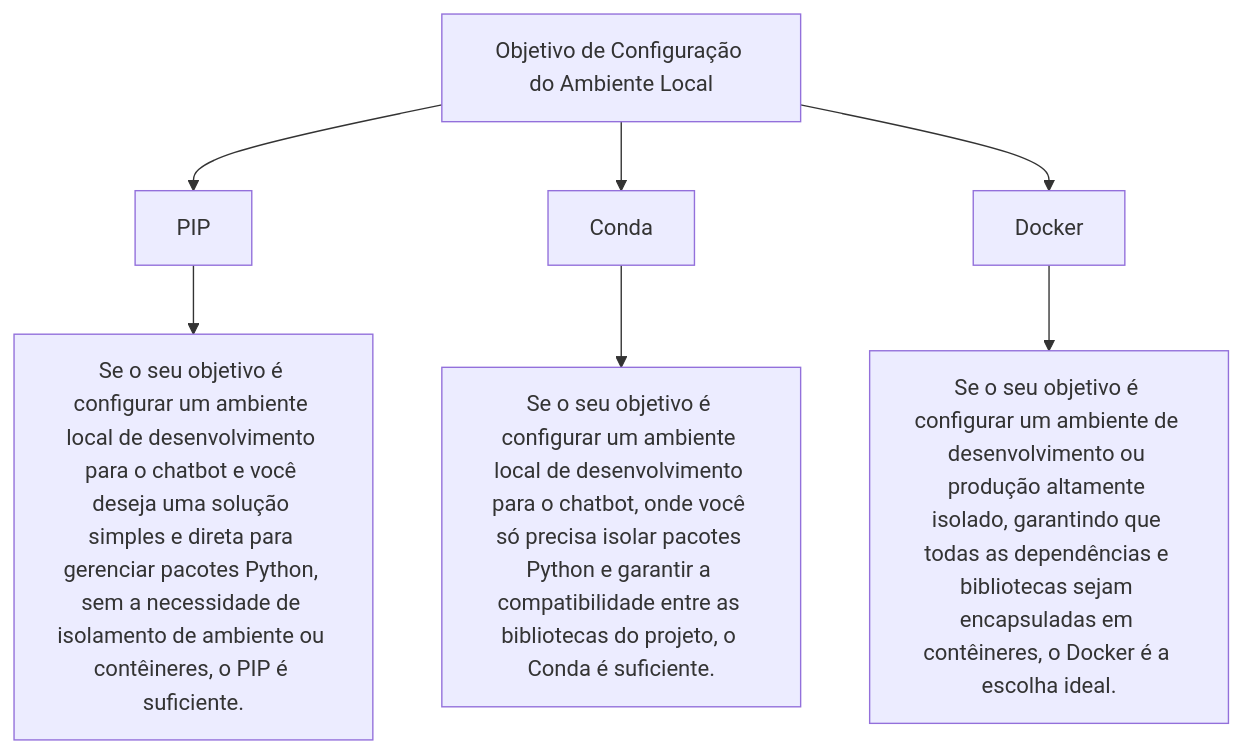
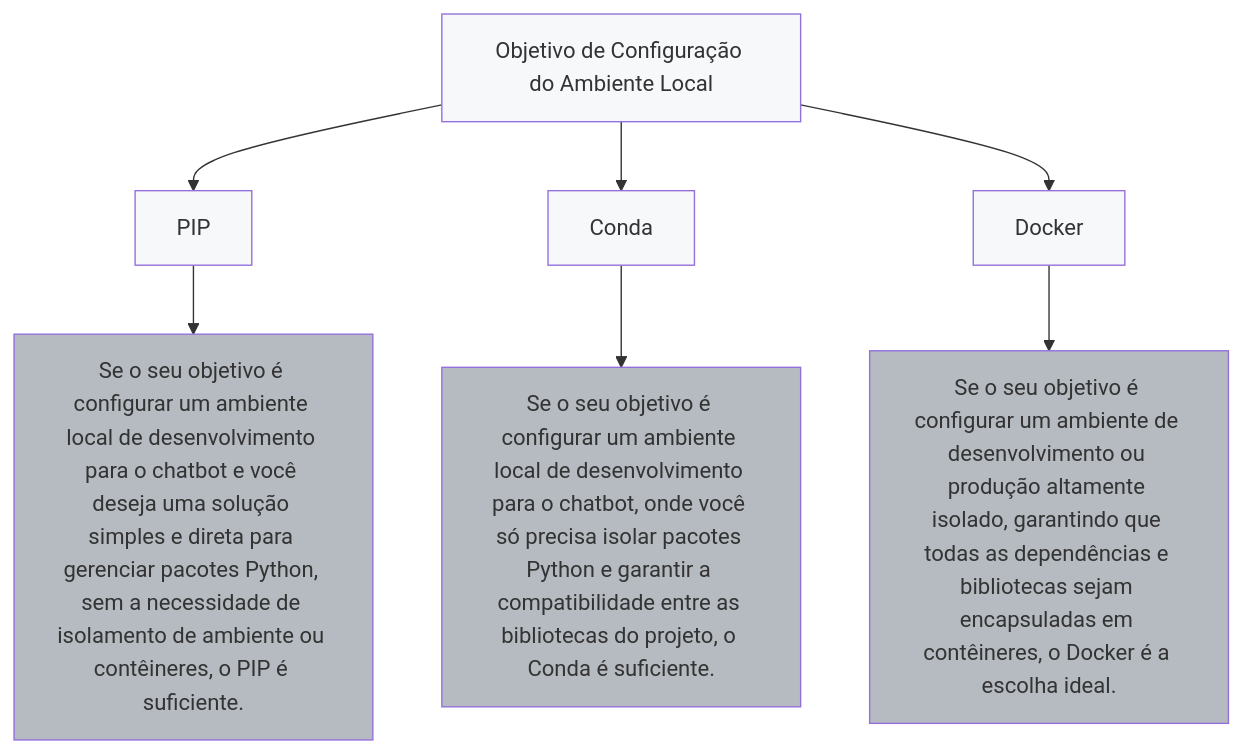
One commit to Mayvon/Chatbot-no-WhatsApp-com-LLaMA-AI-no-Servidor-Local.md changed the diagram in 1. Pré-requisitos.md. Above: the diagram before and after it, drawn with Mermaid.

Commit message:
Update 1. Pré-requisitos.md

````diff
--- a/1. Pré-requisitos.md
+++ b/1. Pré-requisitos.md
@@ -57,11 +57,18 @@
 ```mermaid
 graph TD;
     A[Objetivo de Configuração do Ambiente Local] --> B[PIP]
     A[Objetivo de Configuração do Ambiente Local] --> C[Conda]
     A[Objetivo de Configuração do Ambiente Local] --> D[Docker]
 
     B --> B1["Se o seu objetivo é configurar um ambiente local de desenvolvimento para o chatbot e você deseja uma solução simples e direta para gerenciar pacotes Python, sem a necessidade de isolamento de ambiente ou contêineres, o PIP é suficiente."]
     C --> C1["Se o seu objetivo é configurar um ambiente local de desenvolvimento para o chatbot, onde você só precisa isolar pacotes Python e garantir a compatibilidade entre as bibliotecas do projeto, o Conda é suficiente."]
     D --> D1["Se o seu objetivo é configurar um ambiente de desenvolvimento ou produção altamente isolado, garantindo que todas as dependências e bibliotecas sejam encapsuladas em contêineres, o Docker é a escolha ideal."]
 
+    style A fill:#f6f8fa
+    style B fill:#f6f8fa
+    style C fill:#f6f8fa
+    style D fill:#f6f8fa
+    style B1 fill:#b5bbc1
+    style C1 fill:#b5bbc1
+    style D1 fill:#b5bbc1
 ```
````
